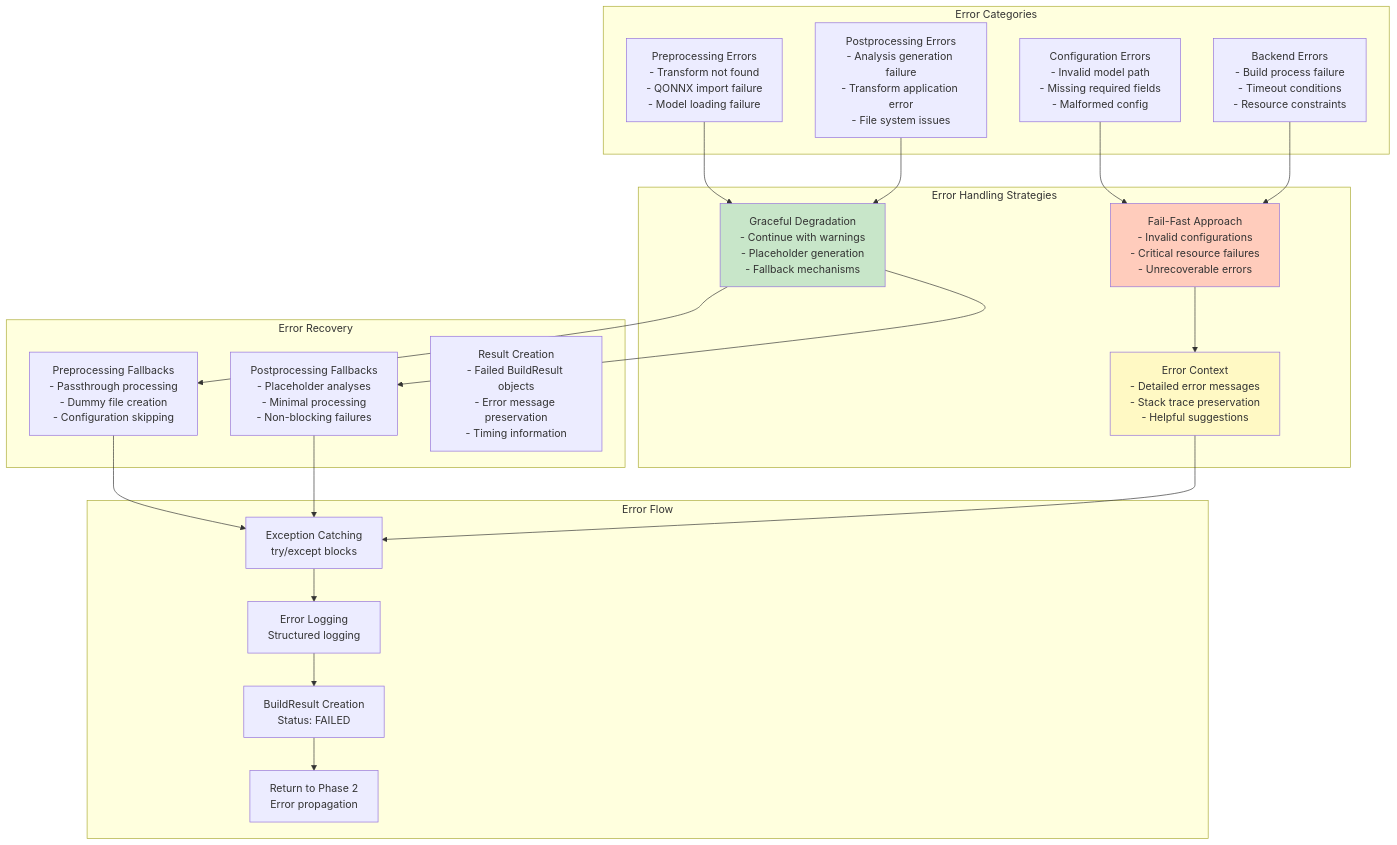
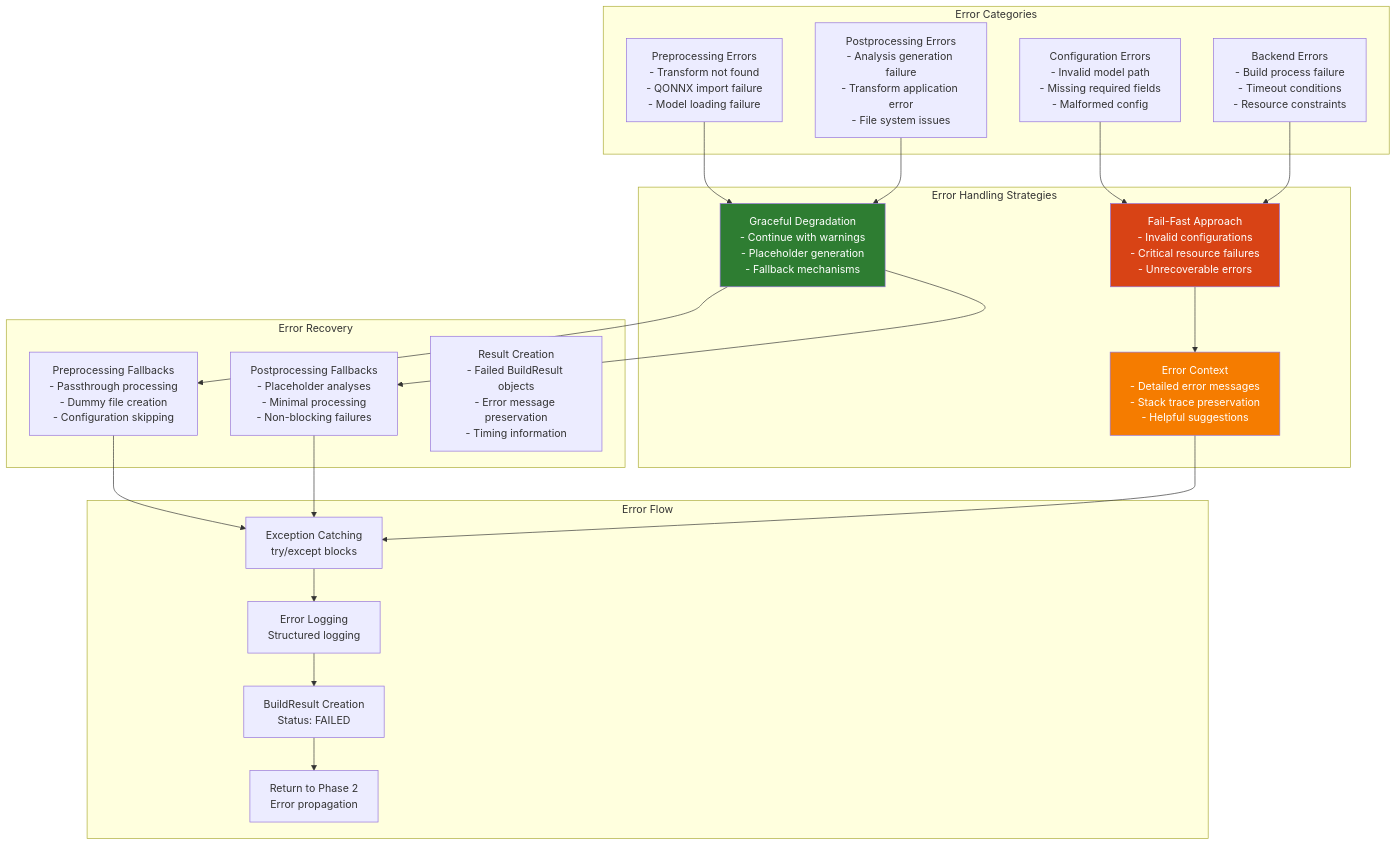
One commit to microsoft/Brainsmith changed the tenth of 12 diagrams in brainsmith/core/phase3/PHASE3_ARCHITECTURE.md. Above: the diagram before and after it, drawn with Mermaid. The commit also changed other lines of this file and 40 other files, not shown here.

````diff
--- a/brainsmith/core/phase3/PHASE3_ARCHITECTURE.md
+++ b/brainsmith/core/phase3/PHASE3_ARCHITECTURE.md
@@ -641,56 +641,56 @@
 ```mermaid
 graph TB
     subgraph "Error Categories"
         CONFIG_ERR[Configuration Errors<br/>- Invalid model path<br/>- Missing required fields<br/>- Malformed config]
         
         PREPROCESSING_ERR[Preprocessing Errors<br/>- Transform not found<br/>- QONNX import failure<br/>- Model loading failure]
         
         BACKEND_ERR[Backend Errors<br/>- Build process failure<br/>- Timeout conditions<br/>- Resource constraints]
         
         POSTPROCESSING_ERR[Postprocessing Errors<br/>- Analysis generation failure<br/>- Transform application error<br/>- File system issues]
     end
     
     subgraph "Error Handling Strategies"
         GRACEFUL[Graceful Degradation<br/>- Continue with warnings<br/>- Placeholder generation<br/>- Fallback mechanisms]
         
         FAIL_FAST[Fail-Fast Approach<br/>- Invalid configurations<br/>- Critical resource failures<br/>- Unrecoverable errors]
         
         CONTEXT[Error Context<br/>- Detailed error messages<br/>- Stack trace preservation<br/>- Helpful suggestions]
     end
     
     subgraph "Error Recovery"
         PREPROCESSING_FALLBACK[Preprocessing Fallbacks<br/>- Passthrough processing<br/>- Dummy file creation<br/>- Configuration skipping]
         
         POSTPROCESSING_FALLBACK[Postprocessing Fallbacks<br/>- Placeholder analyses<br/>- Minimal processing<br/>- Non-blocking failures]
         
         RESULT_CREATION[Result Creation<br/>- Failed BuildResult objects<br/>- Error message preservation<br/>- Timing information]
     end
     
     subgraph "Error Flow"
         CATCH[Exception Catching<br/>try/except blocks]
         LOG[Error Logging<br/>Structured logging]
         RESULT[BuildResult Creation<br/>Status: FAILED]
         RETURN[Return to Phase 2<br/>Error propagation]
     end
     
     CONFIG_ERR --> FAIL_FAST
     PREPROCESSING_ERR --> GRACEFUL
     BACKEND_ERR --> FAIL_FAST
     POSTPROCESSING_ERR --> GRACEFUL
     
     GRACEFUL --> PREPROCESSING_FALLBACK
     GRACEFUL --> POSTPROCESSING_FALLBACK
     FAIL_FAST --> CONTEXT
     
     PREPROCESSING_FALLBACK --> CATCH
     POSTPROCESSING_FALLBACK --> CATCH
     CONTEXT --> CATCH
     
     CATCH --> LOG
     LOG --> RESULT
     RESULT --> RETURN
     
-    style GRACEFUL fill:#c8e6c9
-    style FAIL_FAST fill:#ffccbc
-    style CONTEXT fill:#fff9c4
+    style GRACEFUL fill:#2e7d32,color:#fff
+    style FAIL_FAST fill:#d84315,color:#fff
+    style CONTEXT fill:#f57c00,color:#fff
 ```
````
